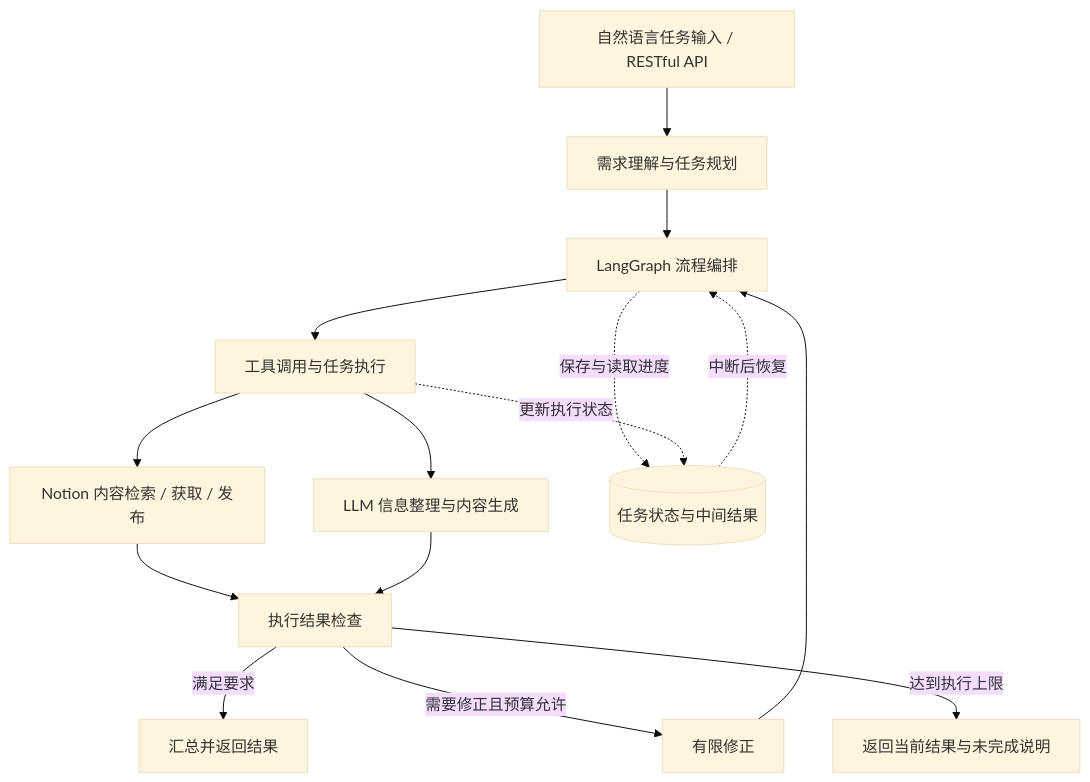
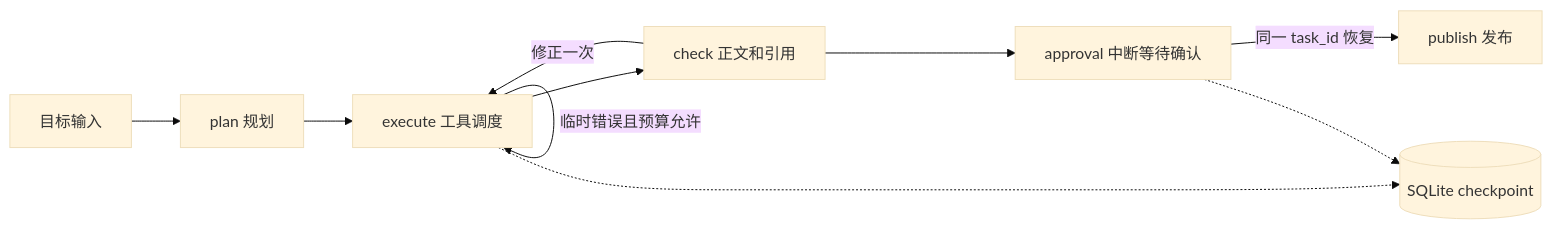
The diagram in README.md (XinzheGao/llm-task-agent), drawn with Mermaid (base theme) before and after one commit. The commit also changed other lines of this file and 21 other files, not shown here.

Commit message:
feat: publish runnable LangGraph task agent demo

````diff
--- a/README.md
+++ b/README.md
@@ -52,17 +47,12 @@
 ```mermaid
-flowchart TD
-    A[自然语言任务输入 / RESTful API] --> B[需求理解与任务规划]
-    B --> C[LangGraph 流程编排]
-    C --> D[工具调用与任务执行]
-    D --> E[Notion 内容检索 / 获取 / 发布]
-    D --> F[LLM 信息整理与内容生成]
-    E --> G[执行结果检查]
-    F --> G
-    G -->|满足要求| H[汇总并返回结果]
-    G -->|需要修正且预算允许| I[有限修正]
-    I --> C
-    G -->|达到执行上限| J[返回当前结果与未完成说明]
-    C -. 保存与读取进度 .-> S[(任务状态与中间结果)]
-    D -. 更新执行状态 .-> S
-    S -. 中断后恢复 .-> C
+flowchart LR
+    A[目标输入] --> B[plan 规划]
+    B --> C[execute 工具调度]
+    C --> D[check 正文和引用]
+    C -->|临时错误且预算允许| C
+    D -->|修正一次| C
+    D --> E[approval 中断等待确认]
+    E -->|同一 task_id 恢复| F[publish 发布]
+    C -.-> S[(SQLite checkpoint)]
+    E -.-> S
 ```
````
